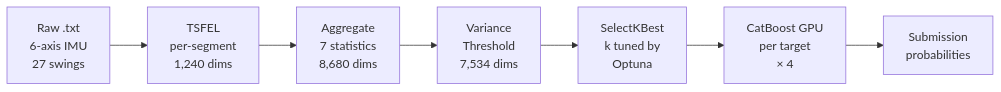
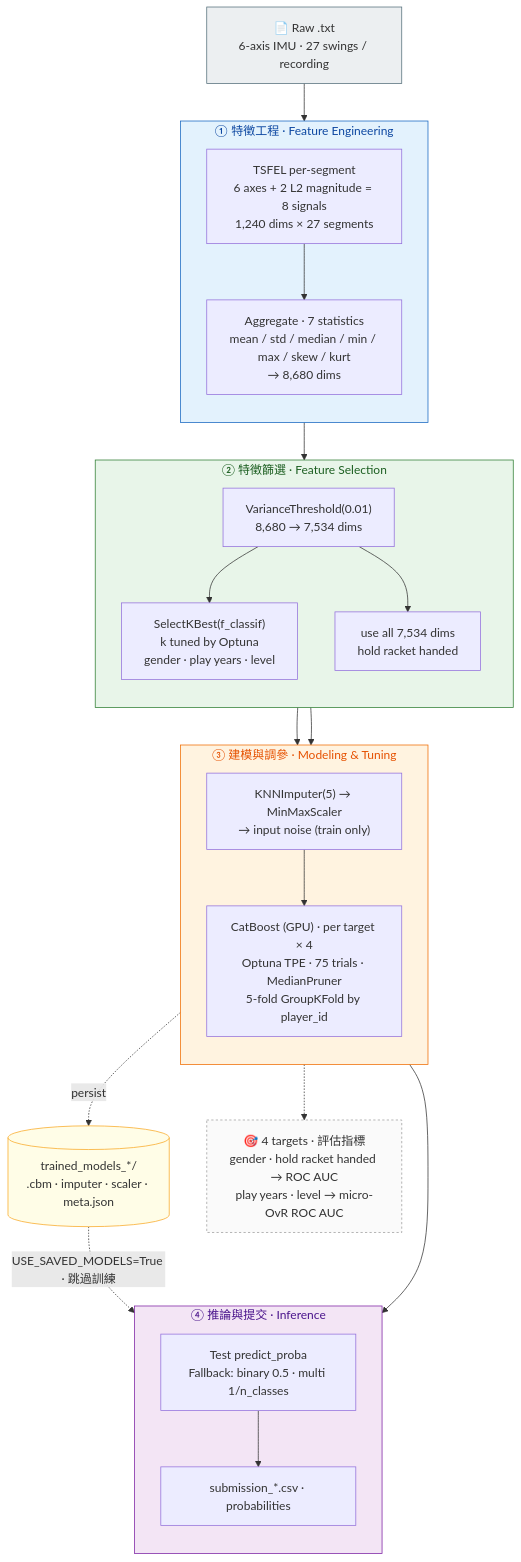
The diagram in README.md (Guancheng1206/aicup2025Spring_Tabletennis), drawn with Mermaid before and after one commit. The commit also changed other lines of this file and 1 other file, not shown here.

Commit message:
Rework Pipeline diagram: vertical, phased, annotated
- Convert mermaid flowchart from LR to vertical TD
- Group stages into 4 colored subgraphs (FE / selection / modeling / inference)
- Show SelectKBest branch (gender/play years/level vs hold racket handed)
- Add artifact-persistence loop with USE_SAVED_MODELS skip path
- Add targets/metrics reference node and Fallback note
- Note the same SelectKBest clarification in notebook cell 0

````diff
--- a/README.md
+++ b/README.md
@@ -35,9 +35,53 @@
 ```mermaid
-flowchart LR
-    A[Raw .txt<br/>6-axis IMU<br/>27 swings] --> B[TSFEL<br/>per-segment<br/>1,240 dims]
-    B --> C[Aggregate<br/>7 statistics<br/>8,680 dims]
-    C --> D[Variance<br/>Threshold<br/>7,534 dims]
-    D --> E[SelectKBest<br/>k tuned by<br/>Optuna]
-    E --> F[CatBoost GPU<br/>per target<br/>× 4]
-    F --> G[Submission<br/>probabilities]
+flowchart TD
+    A["📄 Raw .txt<br/>6-axis IMU · 27 swings / recording"]
+
+    subgraph FE["① 特徵工程 · Feature Engineering"]
+        direction TB
+        B["TSFEL per-segment<br/>6 axes + 2 L2 magnitude = 8 signals<br/>1,240 dims × 27 segments"]
+        C["Aggregate · 7 statistics<br/>mean / std / median / min / max / skew / kurt<br/>→ 8,680 dims"]
+        B --> C
+    end
+
+    subgraph SEL["② 特徵篩選 · Feature Selection"]
+        direction TB
+        D["VarianceThreshold(0.01)<br/>8,680 → 7,534 dims"]
+        K1["SelectKBest(f_classif)<br/>k tuned by Optuna<br/>gender · play years · level"]
+        K2["use all 7,534 dims<br/>hold racket handed"]
+        D --> K1
+        D --> K2
+    end
+
+    subgraph MODEL["③ 建模與調參 · Modeling & Tuning"]
+        direction TB
+        PRE["KNNImputer(5) → MinMaxScaler<br/>→ input noise (train only)"]
+        F["CatBoost (GPU) · per target × 4<br/>Optuna TPE · 75 trials · MedianPruner<br/>5-fold GroupKFold by player_id"]
+        PRE --> F
+    end
+
+    subgraph OUT["④ 推論與提交 · Inference"]
+        direction TB
+        G["Test predict_proba<br/>Fallback: binary 0.5 · multi 1/n_classes"]
+        H["submission_*.csv · probabilities"]
+        G --> H
+    end
+
+    A --> B
+    C --> D
+    K1 --> PRE
+    K2 --> PRE
+    F --> G
+    F -. persist .-> P[("trained_models_*/<br/>.cbm · imputer · scaler · meta.json")]
+    P -. "USE_SAVED_MODELS=True · 跳過訓練" .-> G
+
+    M["🎯 4 targets · 評估指標<br/>gender · hold racket handed → ROC AUC<br/>play years · level → micro-OvR ROC AUC"]
+    F -.-> M
+
+    style FE fill:#e3f2fd,stroke:#1565c0,color:#0d47a1
+    style SEL fill:#e8f5e9,stroke:#2e7d32,color:#1b5e20
+    style MODEL fill:#fff3e0,stroke:#ef6c00,color:#e65100
+    style OUT fill:#f3e5f5,stroke:#7b1fa2,color:#4a148c
+    style A fill:#eceff1,stroke:#546e7a
+    style P fill:#fffde7,stroke:#f9a825
+    style M fill:#fafafa,stroke:#9e9e9e,stroke-dasharray:3 3
 ```
````
